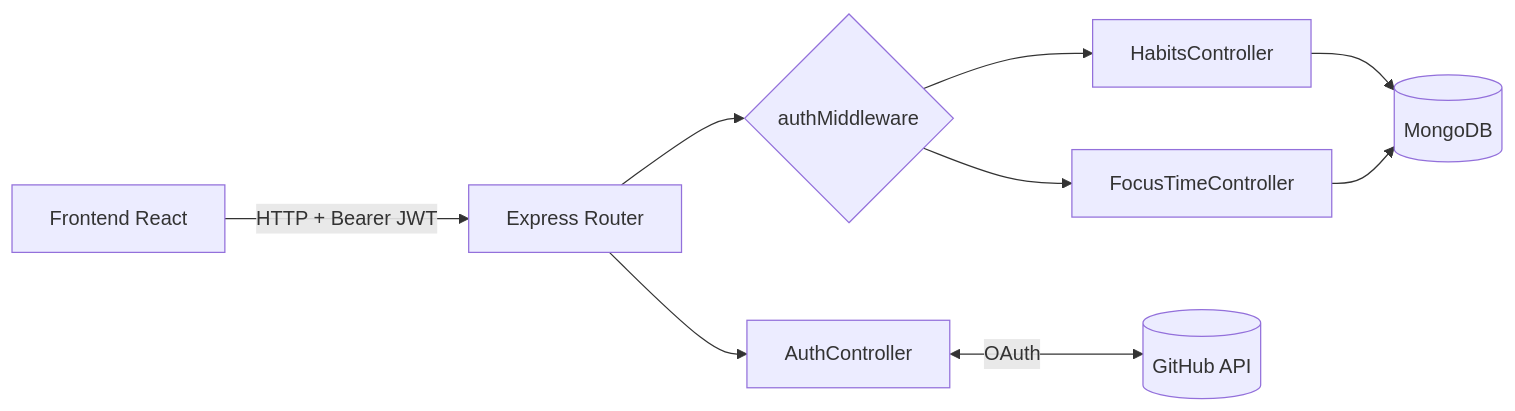
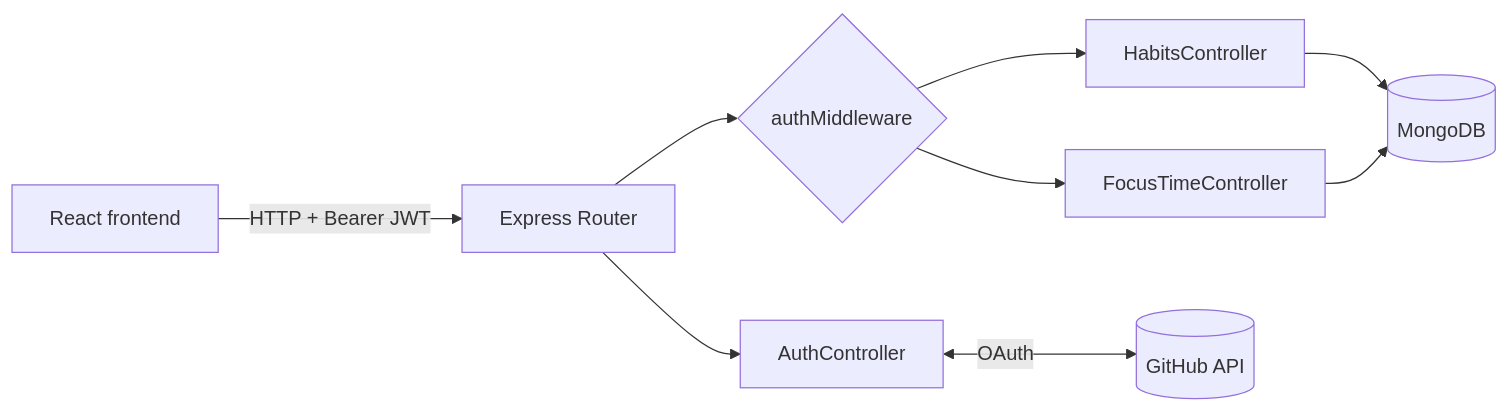
One commit to agustinhopneto/dc-elitetracker-api changed the first of 2 diagrams in README.md. Above: the diagram before and after it, drawn with Mermaid. The commit also changed other lines of this file, not shown here.

````diff
--- a/README.md
+++ b/README.md
@@ -49,11 +49,11 @@
 ```mermaid
 flowchart LR
-    FE[Frontend React] -->|HTTP + Bearer JWT| R[Express Router]
+    FE[React frontend] -->|HTTP + Bearer JWT| R[Express Router]
     R --> AUTH[AuthController]
     R --> MW{authMiddleware}
     MW --> H[HabitsController]
     MW --> F[FocusTimeController]
     AUTH <-->|OAuth| GH[(GitHub API)]
     H --> DB[(MongoDB)]
     F --> DB
 ```
````
